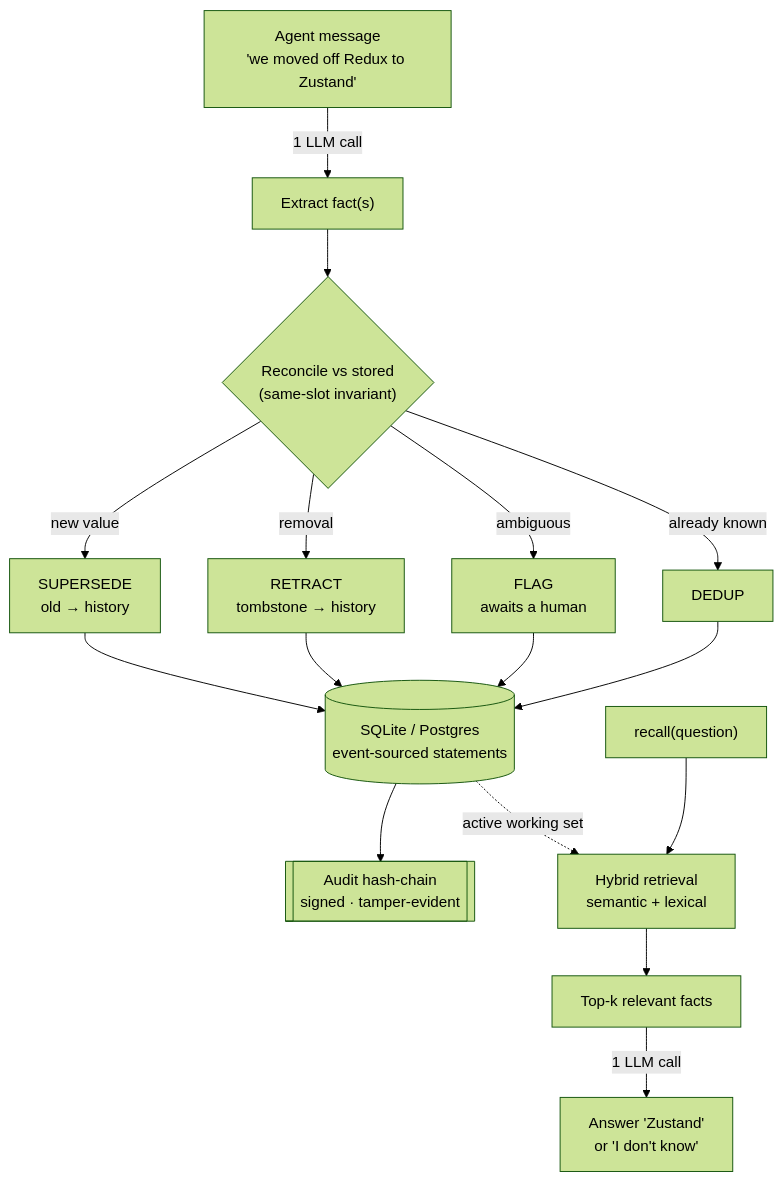
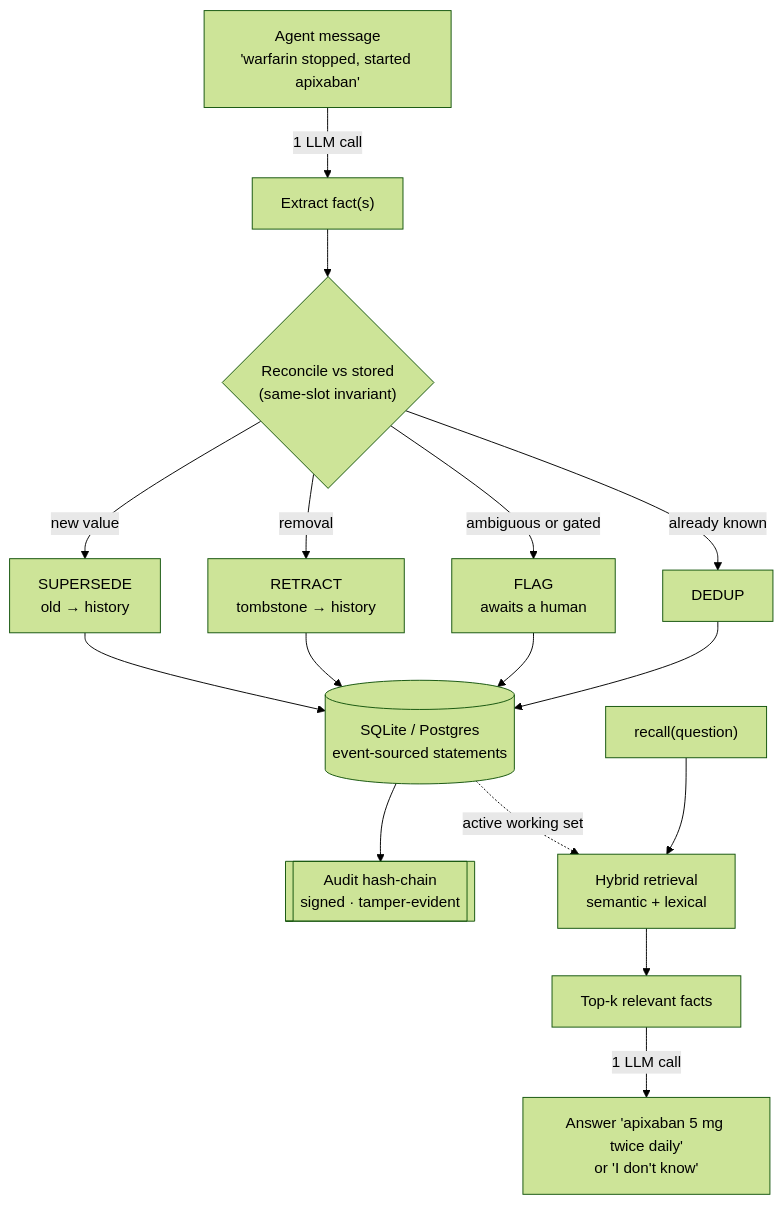
One commit to ac12644/vayl changed the diagram in README.md. Above: the diagram before and after it, drawn with Mermaid (forest theme). The commit also changed other lines of this file and 2 other files, not shown here.

First line of the commit message:
docs(readme): lead with real patient and AI-agent runs; plain-language rewrite

````diff
--- a/README.md
+++ b/README.md
@@ -226,19 +272,19 @@
 ```mermaid
 flowchart TD
-    A["Agent message<br/>'we moved off Redux to Zustand'"] -->|1 LLM call| B["Extract fact(s)"]
+    A["Agent message<br/>'warfarin stopped, started apixaban'"] -->|1 LLM call| B["Extract fact(s)"]
     B --> C{"Reconcile vs stored<br/>(same-slot invariant)"}
     C -->|new value| D[SUPERSEDE<br/>old → history]
     C -->|removal| E[RETRACT<br/>tombstone → history]
-    C -->|ambiguous| F[FLAG<br/>awaits a human]
+    C -->|ambiguous or gated| F[FLAG<br/>awaits a human]
     C -->|already known| G[DEDUP]
     D --> H[("SQLite / Postgres<br/>event-sourced statements")]
     E --> H
     F --> H
     G --> H
     H --> I[["Audit hash-chain<br/>signed · tamper-evident"]]
 
     Q["recall(question)"] --> R["Hybrid retrieval<br/>semantic + lexical"]
     H -. active working set .-> R
     R --> S[Top-k relevant facts]
-    S -->|1 LLM call| T["Answer 'Zustand'<br/>or 'I don't know'"]
+    S -->|1 LLM call| T["Answer 'apixaban 5 mg twice daily'<br/>or 'I don't know'"]
 ```
````
